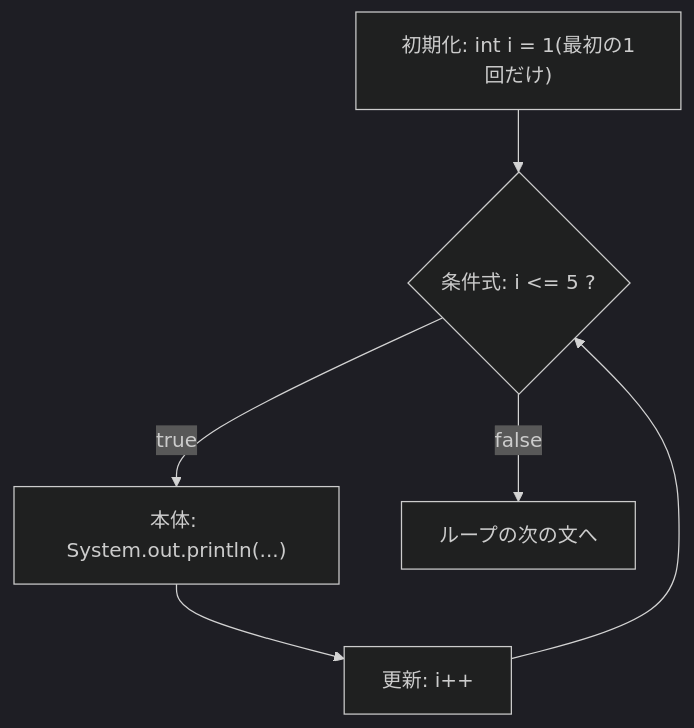
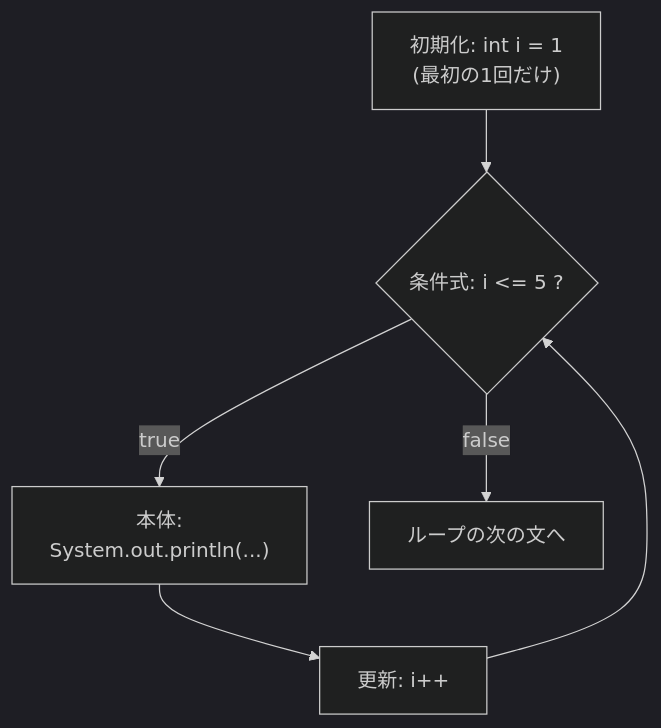
The diagram in content/01-java-basics/02-control-flow/02-java-loops/lesson.md (junyeol928-hash/Sayana), drawn with Mermaid (dark theme) before and after one commit. The commit also changed 9 other files, not shown here.

Commit message:
fix: 図のラベルを語の切れ目で改行し、英字の用語の読みをカタカナにそろえた(スマホで図の文字が語の途中で折れていたため)

````diff
--- a/content/01-java-basics/02-control-flow/02-java-loops/lesson.md
+++ b/content/01-java-basics/02-control-flow/02-java-loops/lesson.md
@@ -36,8 +36,8 @@
 ```mermaid
 flowchart TD
-    A["初期化: int i = 1(最初の1回だけ)"] --> B{"条件式: i <= 5 ?"}
-    B -- "true" --> C["本体: System.out.println(...)"]
+    A["初期化: int i = 1<br>(最初の1回だけ)"] --> B{"条件式: i <= 5 ?"}
+    B -- "true" --> C["本体:<br>System.out.println(...)"]
     C --> D["更新: i++"]
     D --> B
     B -- "false" --> E["ループの次の文へ"]
 ```
````
